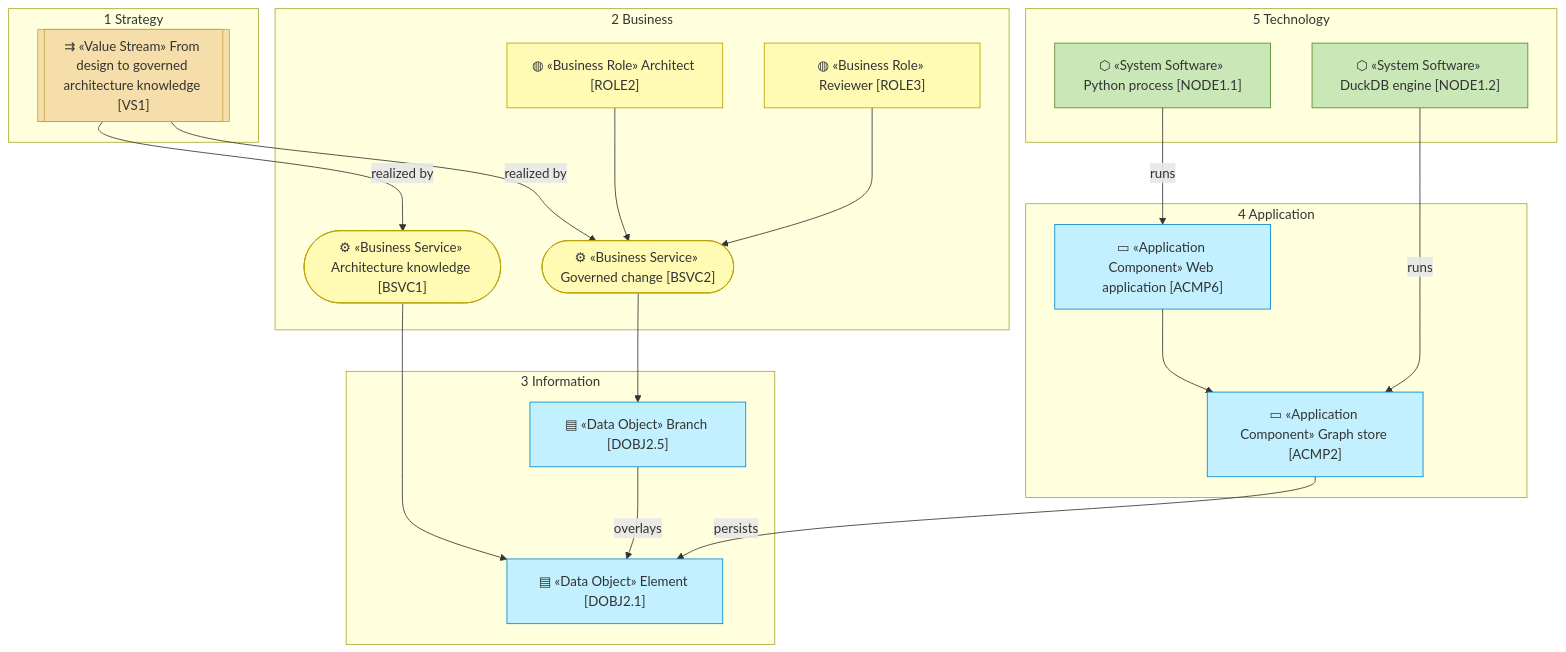
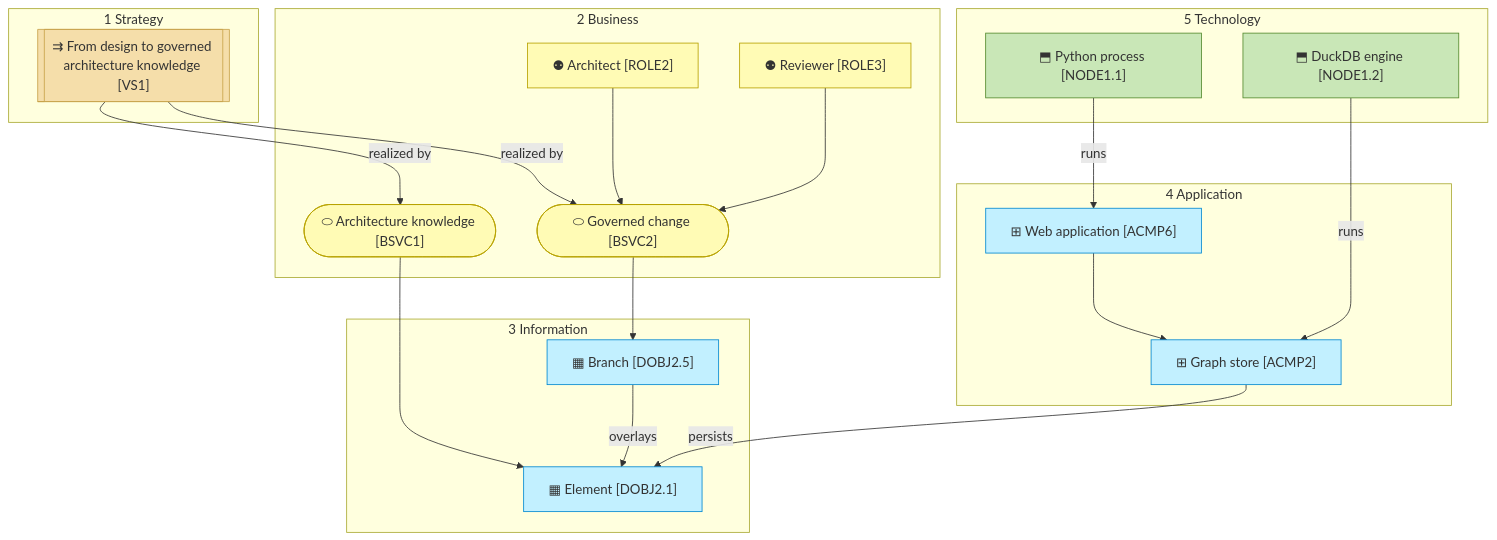
The second of 2 diagrams in architecture/README.md (bocanegratqut/dbx-enterprise-architecture), drawn with Mermaid before and after one commit. The commit also changed other lines of this file and 25 other files, not shown here.

````diff
--- a/architecture/README.md
+++ b/architecture/README.md
@@ -26,40 +44,40 @@
 ```mermaid
 flowchart TB
   subgraph S["1 Strategy"]
-    vs[["⇉ «Value Stream» From design to governed architecture knowledge [VS1]"]]:::strategy
+    vs[["⇉ From design to governed architecture knowledge [VS1]"]]:::strategy
   end
   subgraph B["2 Business"]
-    gov(["⚙ «Business Service» Governed change [BSVC2]"]):::business
-    know(["⚙ «Business Service» Architecture knowledge [BSVC1]"]):::business
-    arch["◍ «Business Role» Architect [ROLE2]"]:::business
-    rev["◍ «Business Role» Reviewer [ROLE3]"]:::business
+    gov(["⬭ Governed change [BSVC2]"]):::business
+    know(["⬭ Architecture knowledge [BSVC1]"]):::business
+    arch["⚉ Architect [ROLE2]"]:::business
+    rev["⚉ Reviewer [ROLE3]"]:::business
   end
   subgraph I["3 Information"]
-    el["▤ «Data Object» Element [DOBJ2.1]"]:::application
-    br["▤ «Data Object» Branch [DOBJ2.5]"]:::application
+    el["▦ Element [DOBJ2.1]"]:::application
+    br["▦ Branch [DOBJ2.5]"]:::application
   end
   subgraph A["4 Application"]
-    ui["▭ «Application Component» Web application [ACMP6]"]:::application
-    store["▭ «Application Component» Graph store [ACMP2]"]:::application
+    ui["⊞ Web application [ACMP6]"]:::application
+    store["⊞ Graph store [ACMP2]"]:::application
   end
   subgraph T["5 Technology"]
-    py["⬡ «System Software» Python process [NODE1.1]"]:::technology
-    duck["⬡ «System Software» DuckDB engine [NODE1.2]"]:::technology
+    py["⬒ Python process [NODE1.1]"]:::technology
+    duck["⬒ DuckDB engine [NODE1.2]"]:::technology
   end
   vs -->|realized by| gov
   vs -->|realized by| know
   arch --> gov
   rev --> gov
   gov --> br
   know --> el
   br -->|overlays| el
   ui --> store
   store -->|persists| el
   py -->|runs| ui
   duck -->|runs| store
 
   classDef strategy fill:#f5deaa,stroke:#c8a24a,color:#333
   classDef business fill:#fffbb5,stroke:#b8a200,color:#333
   classDef application fill:#c2f0ff,stroke:#0288d1,color:#333
   classDef technology fill:#c9e7b7,stroke:#558b2f,color:#333
 ```
````
